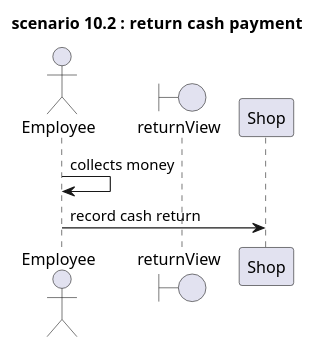
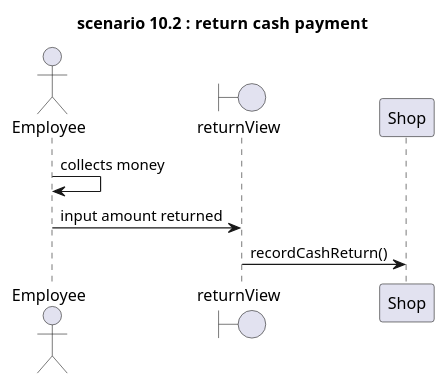
Before and after one commit to zitabou/EZShop: diagram 32 of 32 in Deliverables/DesignDocument.md, drawn with PlantUML. The commit also changed other lines of this file, not shown here.

Commit message:
insert missing functions from sequence diagrams

````diff
--- a/Deliverables/DesignDocument.md
+++ b/Deliverables/DesignDocument.md
@@ -1052,13 +1060,13 @@
 ```plantuml
 
 title
 **scenario 10.2** : return  cash payment
 end title
 
 Actor Employee
 
 Boundary returnView
 Employee ->Employee: collects money
-Employee -> Shop: record cash return
-
+Employee -> returnView: input amount returned
+returnView -> Shop: recordCashReturn()
 ```
````
